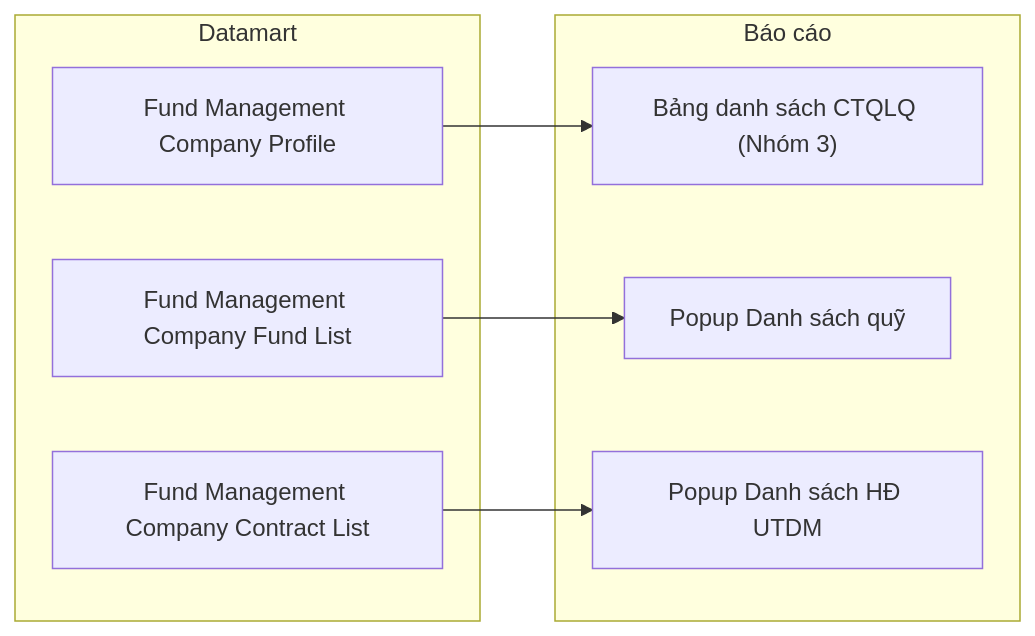
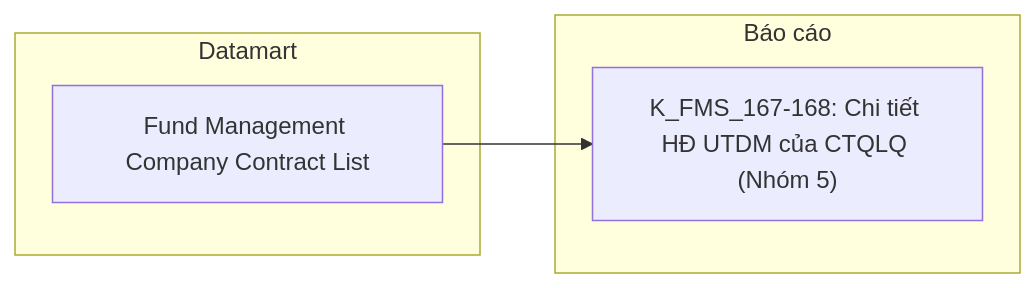
One commit to linhlvit/ubck_atomic_design changed diagram 18 of 37 in Datamart/hld/DTM_FMS_HLD.md. Above: the diagram before and after it, drawn with Mermaid. The commit also changed other lines of this file and 5 other files, not shown here.

````diff
--- a/Datamart/hld/DTM_FMS_HLD.md
+++ b/Datamart/hld/DTM_FMS_HLD.md
@@ -705,16 +619,10 @@
 ```mermaid
 flowchart LR
     subgraph GOLD["Datamart"]
-        G1["Fund Management Company Profile"]
-        G2["Fund Management Company Fund List"]
-        G3["Fund Management Company Contract List"]
+        G1["Fund Management Company Contract List"]
     end
     subgraph RPT["Báo cáo"]
-        R1["Bảng danh sách CTQLQ (Nhóm 3)"]
-        R2["Popup Danh sách quỹ"]
-        R3["Popup Danh sách HĐ UTDM"]
+        R1["K_FMS_167-168: Chi tiết HĐ UTDM của CTQLQ (Nhóm 5)"]
     end
     G1 --> R1
-    G2 --> R2
-    G3 --> R3
 ```
````
